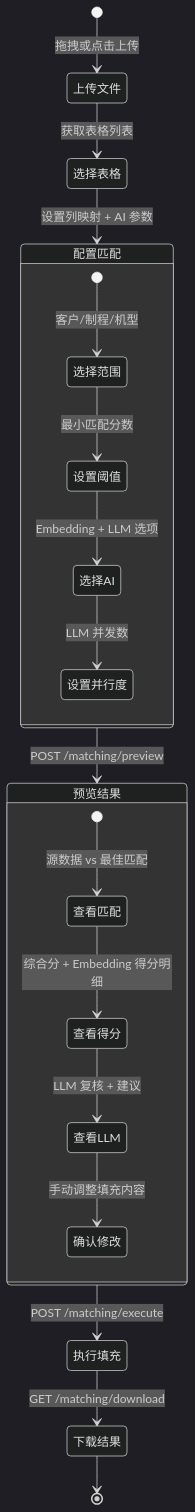
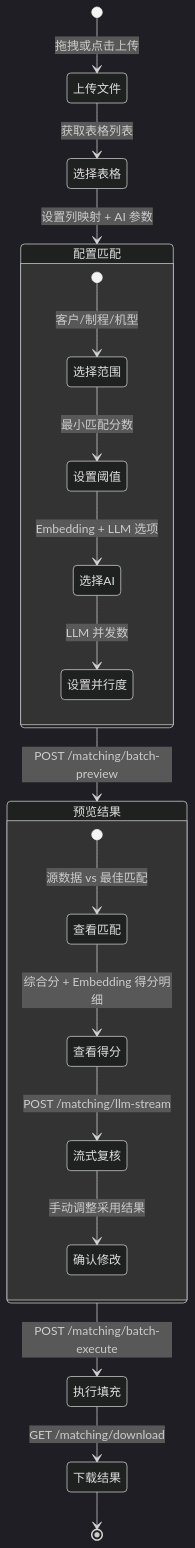
Diagram 20 of 28 in docs/design-overview.md (xiaocaiisxiaocai/AcceptanceSpecRecognition), drawn with Mermaid (dark theme) before and after one commit. The commit also changed other lines of this file and 51 other files, not shown here.

````diff
--- a/docs/design-overview.md
+++ b/docs/design-overview.md
@@ -871,26 +999,26 @@
 ```mermaid
 stateDiagram-v2
     [*] --> 上传文件: 拖拽或点击上传
     上传文件 --> 选择表格: 获取表格列表
     选择表格 --> 配置匹配: 设置列映射 + AI 参数
 
     state 配置匹配 {
         [*] --> 选择范围: 客户/制程/机型
         选择范围 --> 设置阈值: 最小匹配分数
         设置阈值 --> 选择AI: Embedding + LLM 选项
         选择AI --> 设置并行度: LLM 并发数
     }
 
-    配置匹配 --> 预览结果: POST /matching/preview
+    配置匹配 --> 预览结果: POST /matching/batch-preview
 
     state 预览结果 {
         [*] --> 查看匹配: 源数据 vs 最佳匹配
         查看匹配 --> 查看得分: 综合分 + Embedding 得分明细
-        查看得分 --> 查看LLM: LLM 复核 + 建议
-        查看LLM --> 确认修改: 手动调整填充内容
+        查看得分 --> 流式复核: POST /matching/llm-stream
+        流式复核 --> 确认修改: 手动调整采用结果
     }
 
-    预览结果 --> 执行填充: POST /matching/execute
+    预览结果 --> 执行填充: POST /matching/batch-execute
     执行填充 --> 下载结果: GET /matching/download
     下载结果 --> [*]
 ```
````
